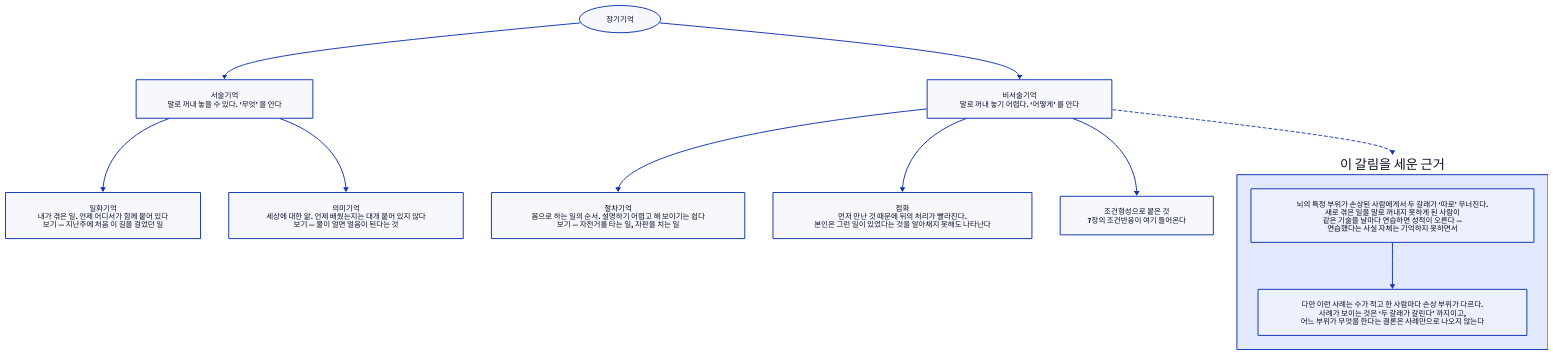
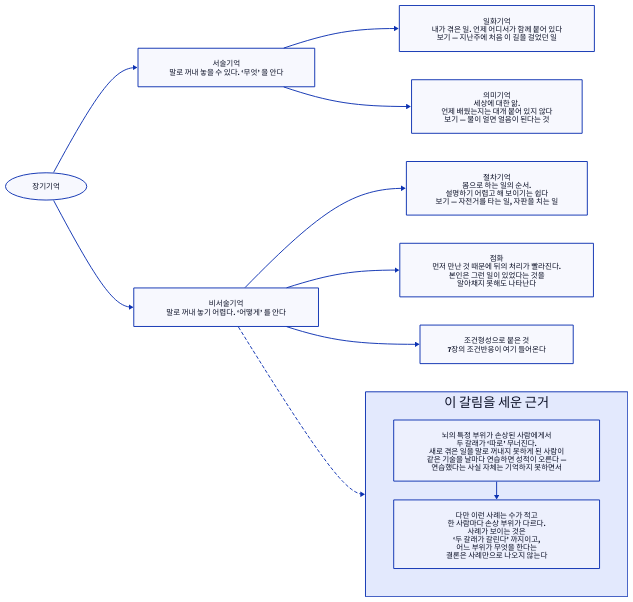
Before and after one commit to Dong-gi/Dong-gi.github.io: the diagram in d2/psychology/psy-e-ltm.d2, drawn with D2. The commit also changed 180 other files, not shown here.

```diff
--- a/d2/psychology/psy-e-ltm.d2
+++ b/d2/psychology/psy-e-ltm.d2
@@ -1,45 +1,45 @@
 # 장기기억의 갈래 — 심리학 8장.
 #
-# 무엇을 읽어야 하나: 가장 위의 갈림이 ‘말로 꺼낼 수 있는가’ 라는 것.
+# 무엇을 읽어야 하나: 첫 갈림(장기기억에서 바로 갈라지는 것)이 ‘말로 꺼낼 수 있는가’ 라는 것.
 # 그리고 이 갈림이 책상 위에서 그은 선이 아니라 어긋남에서 드러난 선이라는 것.
-direction: down
+direction: right
 
 장기: {
   label: "장기기억"
   shape: oval
   style.bold: true
 }
 
 서술: {
   label: "서술기억\n말로 꺼내 놓을 수 있다. ‘무엇’ 을 안다"
   style.bold: true
 }
 비서술: {
   label: "비서술기억\n말로 꺼내 놓기 어렵다. ‘어떻게’ 를 안다"
   style.bold: true
 }
 
 일화: { label: "일화기억\n내가 겪은 일. 언제 어디서가 함께 붙어 있다\n보기 — 지난주에 처음 이 길을 걸었던 일" }
-의미: { label: "의미기억\n세상에 대한 앎. 언제 배웠는지는 대개 붙어 있지 않다\n보기 — 물이 얼면 얼음이 된다는 것" }
+의미: { label: "의미기억\n세상에 대한 앎.\n언제 배웠는지는 대개 붙어 있지 않다\n보기 — 물이 얼면 얼음이 된다는 것" }
 
-절차: { label: "절차기억\n몸으로 하는 일의 순서. 설명하기 어렵고 해 보이기는 쉽다\n보기 — 자전거를 타는 일, 자판을 치는 일" }
-점화: { label: "점화\n먼저 만난 것 때문에 뒤의 처리가 빨라진다.\n본인은 그런 일이 있었다는 것을 알아채지 못해도 나타난다" }
+절차: { label: "절차기억\n몸으로 하는 일의 순서.\n설명하기 어렵고 해 보이기는 쉽다\n보기 — 자전거를 타는 일, 자판을 치는 일" }
+점화: { label: "점화\n먼저 만난 것 때문에 뒤의 처리가 빨라진다.\n본인은 그런 일이 있었다는 것을\n알아채지 못해도 나타난다" }
 조건: { label: "조건형성으로 붙은 것\n7장의 조건반응이 여기 들어온다" }
 
 장기 -> 서술
 장기 -> 비서술
 서술 -> 일화
 서술 -> 의미
 비서술 -> 절차
 비서술 -> 점화
 비서술 -> 조건
 
 근거: {
   label: "이 갈림을 세운 근거"
-  direction: down
-  g1: { label: "뇌의 특정 부위가 손상된 사람에게서 두 갈래가 ‘따로’ 무너진다.\n새로 겪은 일을 말로 꺼내지 못하게 된 사람이\n같은 기술을 날마다 연습하면 성적이 오른다 —\n연습했다는 사실 자체는 기억하지 못하면서"; style.bold: true }
-  g2: { label: "다만 이런 사례는 수가 적고 한 사람마다 손상 부위가 다르다.\n사례가 보이는 것은 ‘두 갈래가 갈린다’ 까지이고,\n어느 부위가 무엇을 한다는 결론은 사례만으로 나오지 않는다" }
+  grid-columns: 1
+  g1: { label: "뇌의 특정 부위가 손상된 사람에게서\n두 갈래가 ‘따로’ 무너진다.\n새로 겪은 일을 말로 꺼내지 못하게 된 사람이\n같은 기술을 날마다 연습하면 성적이 오른다 —\n연습했다는 사실 자체는 기억하지 못하면서"; style.bold: true }
+  g2: { label: "다만 이런 사례는 수가 적고\n한 사람마다 손상 부위가 다르다.\n사례가 보이는 것은\n‘두 갈래가 갈린다’ 까지이고,\n어느 부위가 무엇을 한다는\n결론은 사례만으로 나오지 않는다" }
   g1 -> g2
 }
 
 비서술 -> 근거: { style.stroke-dash: 3 }
```
